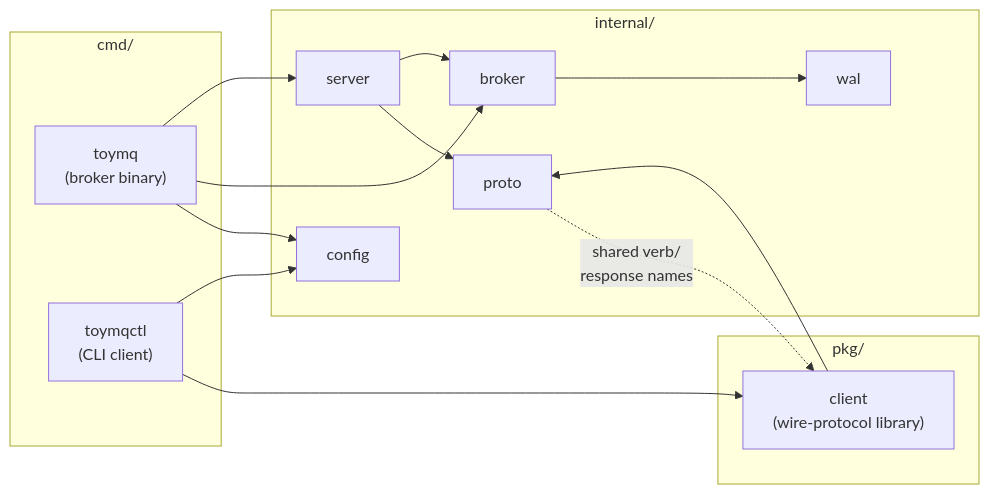
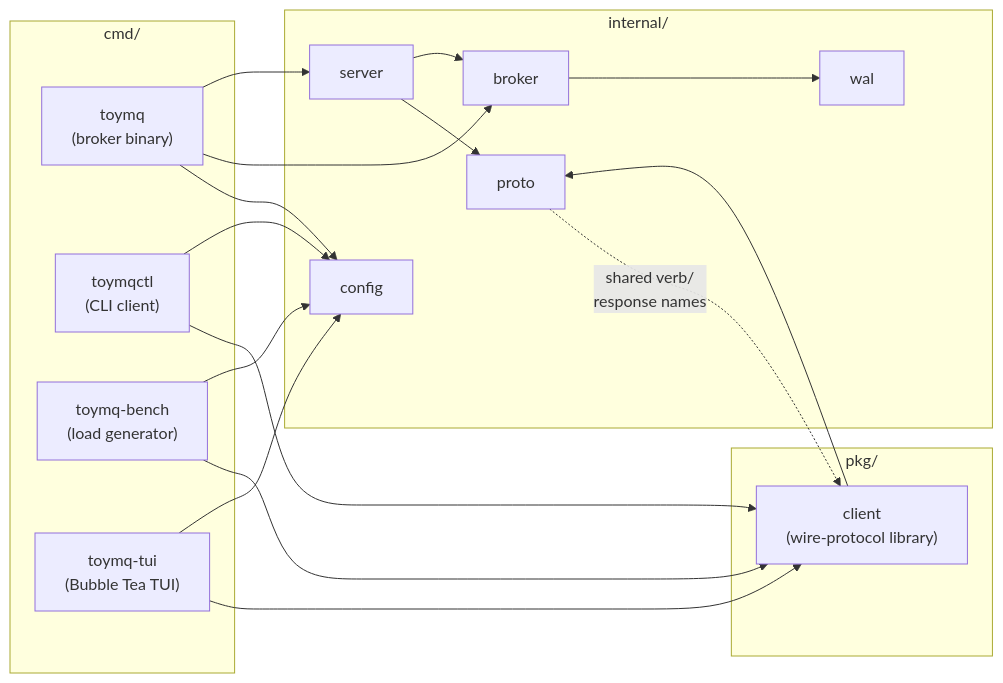
The second of 5 diagrams in docs/ARCHITECTURE.md (prajwalmahajan101/toymq), drawn with Mermaid before and after one commit. The commit also changed other lines of this file and 1 other file, not shown here.

First line of the commit message:
docs: reflect cmd/toymq-tui in ARCHITECTURE and CONCURRENCY

````diff
--- a/docs/ARCHITECTURE.md
+++ b/docs/ARCHITECTURE.md
@@ -50,30 +50,36 @@
 ```mermaid
 flowchart LR
     subgraph CMD["cmd/"]
         toymq["toymq<br/>(broker binary)"]
         toymqctl["toymqctl<br/>(CLI client)"]
+        toymqbench["toymq-bench<br/>(load generator)"]
+        toymqtui["toymq-tui<br/>(Bubble Tea TUI)"]
     end
 
     subgraph PKG["pkg/"]
         client["client<br/>(wire-protocol library)"]
     end
 
     subgraph INTERNAL["internal/"]
         config["config"]
         proto["proto"]
         wal["wal"]
         broker["broker"]
         server["server"]
     end
 
     toymq --> config
     toymq --> broker
     toymq --> server
     toymqctl --> client
     toymqctl --> config
+    toymqbench --> client
+    toymqbench --> config
+    toymqtui --> client
+    toymqtui --> config
     client --> proto
     server --> proto
     server --> broker
     broker --> wal
     proto -.->|"shared verb/<br/>response names"| client
 ```
````
